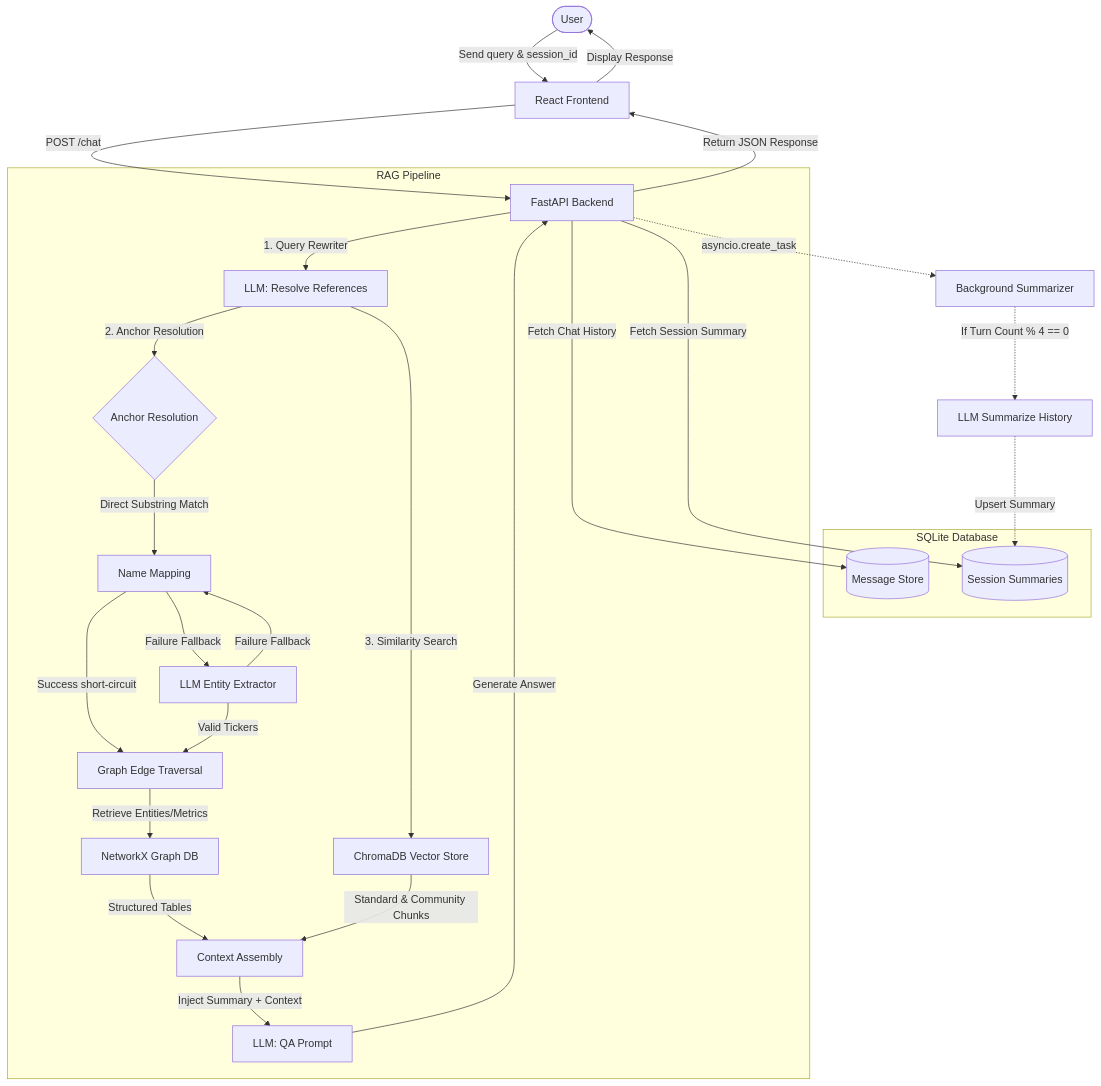
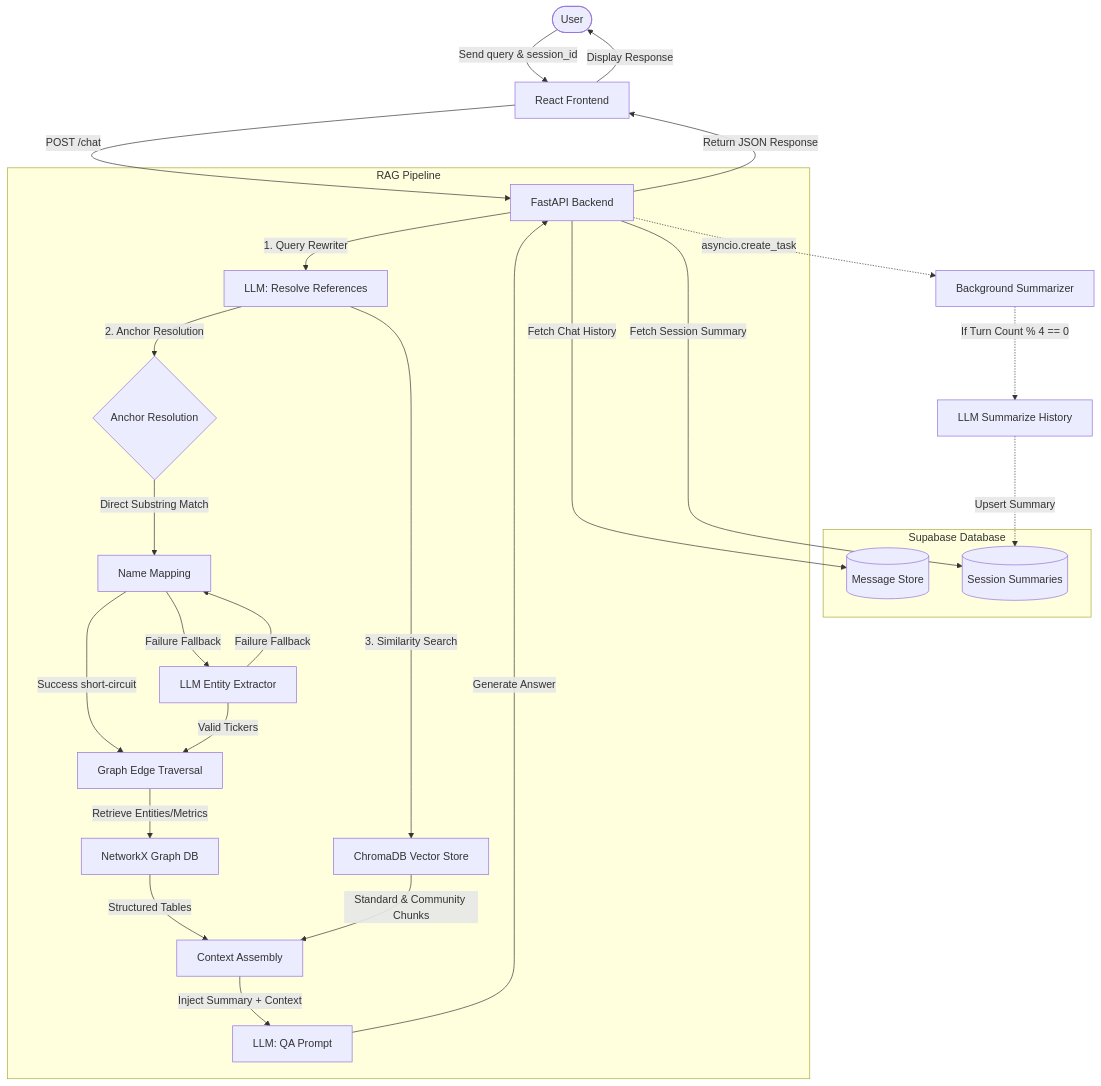
The diagram in README.md (TanV404/FinBot), drawn with Mermaid before and after one commit. The commit also changed other lines of this file and 19 other files, not shown here.

````diff
--- a/README.md
+++ b/README.md
@@ -39,41 +39,41 @@
 ```mermaid
 graph TD
     User([User]) -->|Send query & session_id| FE[React Frontend]
     FE -->|POST /chat| API[FastAPI Backend]
     
-    subgraph SQLite Database
+    subgraph Supabase Database
         DB_Hist[(Message Store)]
         DB_Sum[(Session Summaries)]
     end
     
     API -->|Fetch Session Summary| DB_Sum
     API -->|Fetch Chat History| DB_Hist
     
     subgraph RAG Pipeline
         API -->|1. Query Rewriter| QR[LLM: Resolve References]
         QR -->|2. Anchor Resolution| AR{Anchor Resolution}
         
         AR -->|Direct Substring Match| SUB[Name Mapping]
         SUB -->|Success short-circuit| TRAV[Graph Edge Traversal]
         SUB -->|Failure Fallback| LLM_EXT[LLM Entity Extractor]
         LLM_EXT -->|Valid Tickers| TRAV
         LLM_EXT -->|Failure Fallback| SUB
         
         TRAV -->|Retrieve Entities/Metrics| NX[NetworkX Graph DB]
         QR -->|3. Similarity Search| CHROMA[ChromaDB Vector Store]
         
         NX -->|Structured Tables| CONTEXT[Context Assembly]
         CHROMA -->|Standard & Community Chunks| CONTEXT
         
         CONTEXT -->|Inject Summary + Context| QA[LLM: QA Prompt]
     end
     
     QA -->|Generate Answer| API
     API -->|Return JSON Response| FE
     FE -->|Display Response| User
     
     %% Background worker
     API -.->|asyncio.create_task| BG[Background Summarizer]
     BG -.->|If Turn Count % 4 == 0| LLM_SUM[LLM Summarize History]
     LLM_SUM -.->|Upsert Summary| DB_Sum
 ```
````
